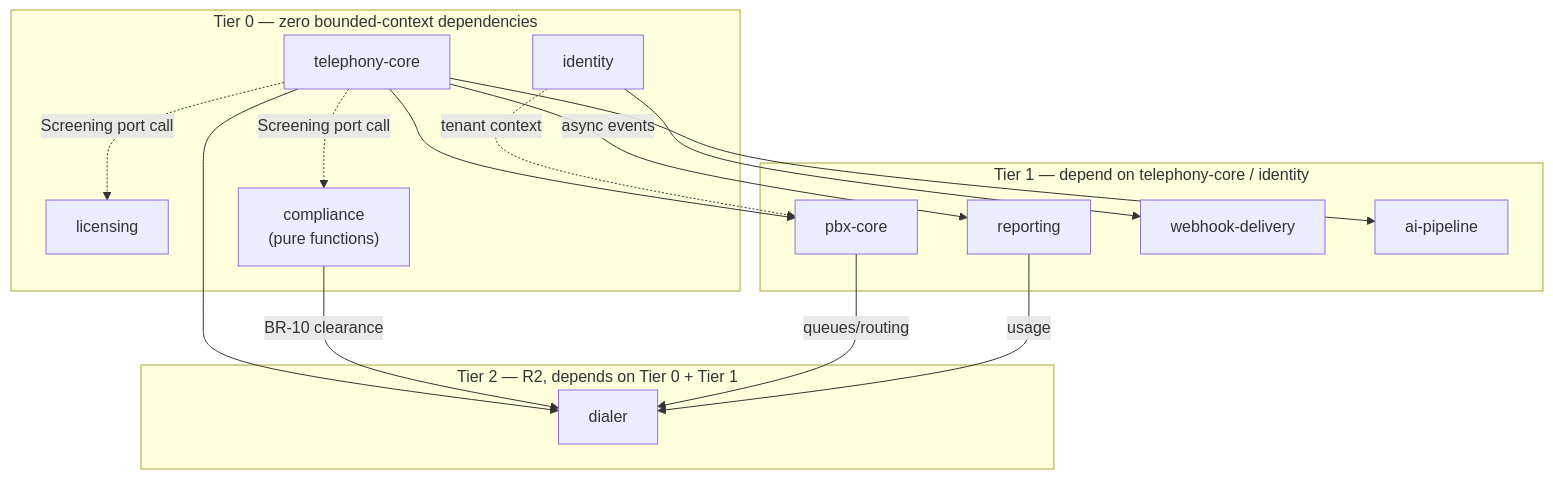
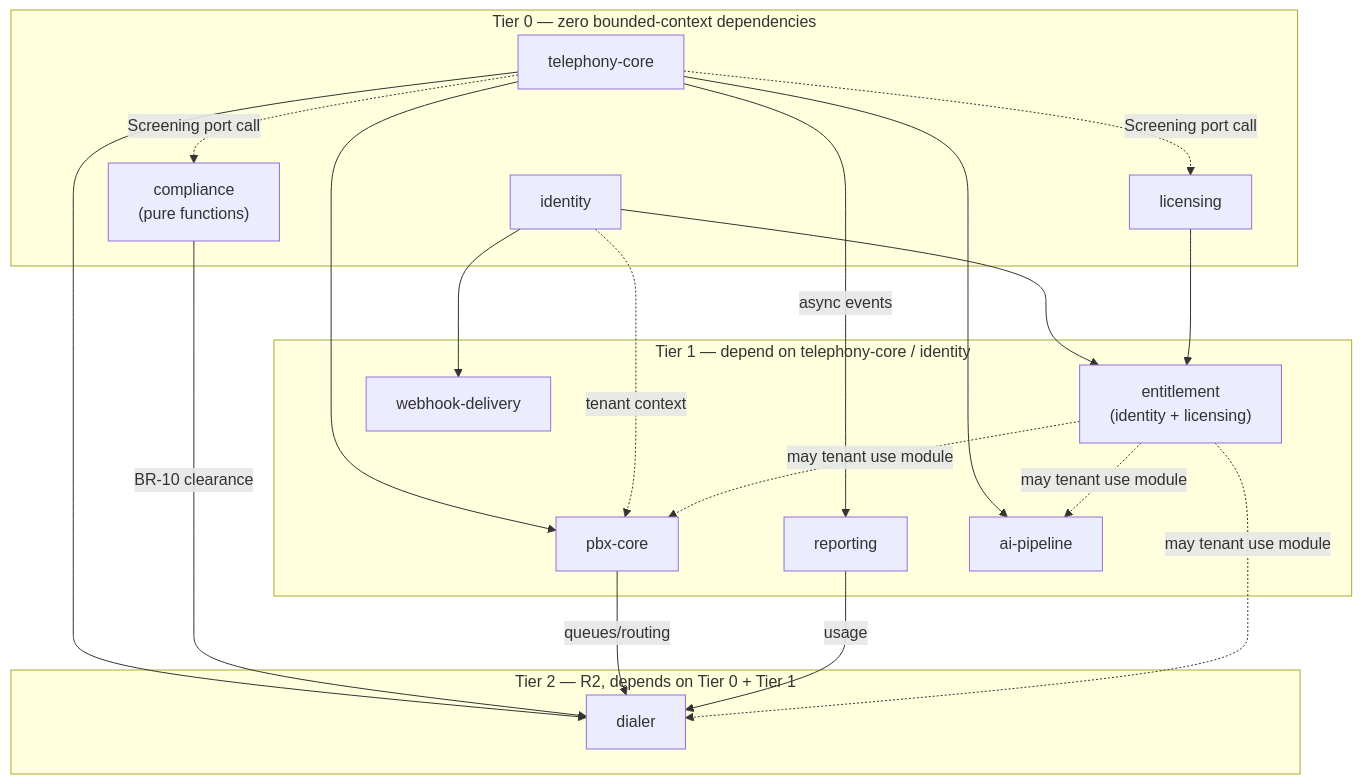
One commit to Mbaapoh/atsap changed the second of 2 diagrams in docs/TRD.md. Above: the diagram before and after it, drawn with Mermaid. The commit also changed other lines of this file and 10 other files, not shown here.

````diff
--- a/docs/TRD.md
+++ b/docs/TRD.md
@@ -202,29 +205,35 @@
 ```mermaid
 graph TD
     subgraph T0["Tier 0 — zero bounded-context dependencies"]
         TC["telephony-core"]
         ID["identity"]
         LIC["licensing"]
         COMP["compliance<br/>(pure functions)"]
     end
     subgraph T1["Tier 1 — depend on telephony-core / identity"]
+        ENT["entitlement<br/>(identity + licensing)"]
         PBX["pbx-core"]
         REP["reporting"]
         WH["webhook-delivery"]
         AIP["ai-pipeline"]
     end
     subgraph T2["Tier 2 — R2, depends on Tier 0 + Tier 1"]
         DIAL["dialer"]
     end
     TC --> PBX
     TC -->|async events| REP
     TC --> AIP
     ID --> WH
     ID -.->|tenant context| PBX
     TC -.->|Screening port call| LIC
     TC -.->|Screening port call| COMP
     TC --> DIAL
     COMP -->|BR-10 clearance| DIAL
     PBX -->|queues/routing| DIAL
     REP -->|usage| DIAL
+    ID --> ENT
+    LIC --> ENT
+    ENT -.->|may tenant use module| PBX
+    ENT -.->|may tenant use module| AIP
+    ENT -.->|may tenant use module| DIAL
 ```
````
